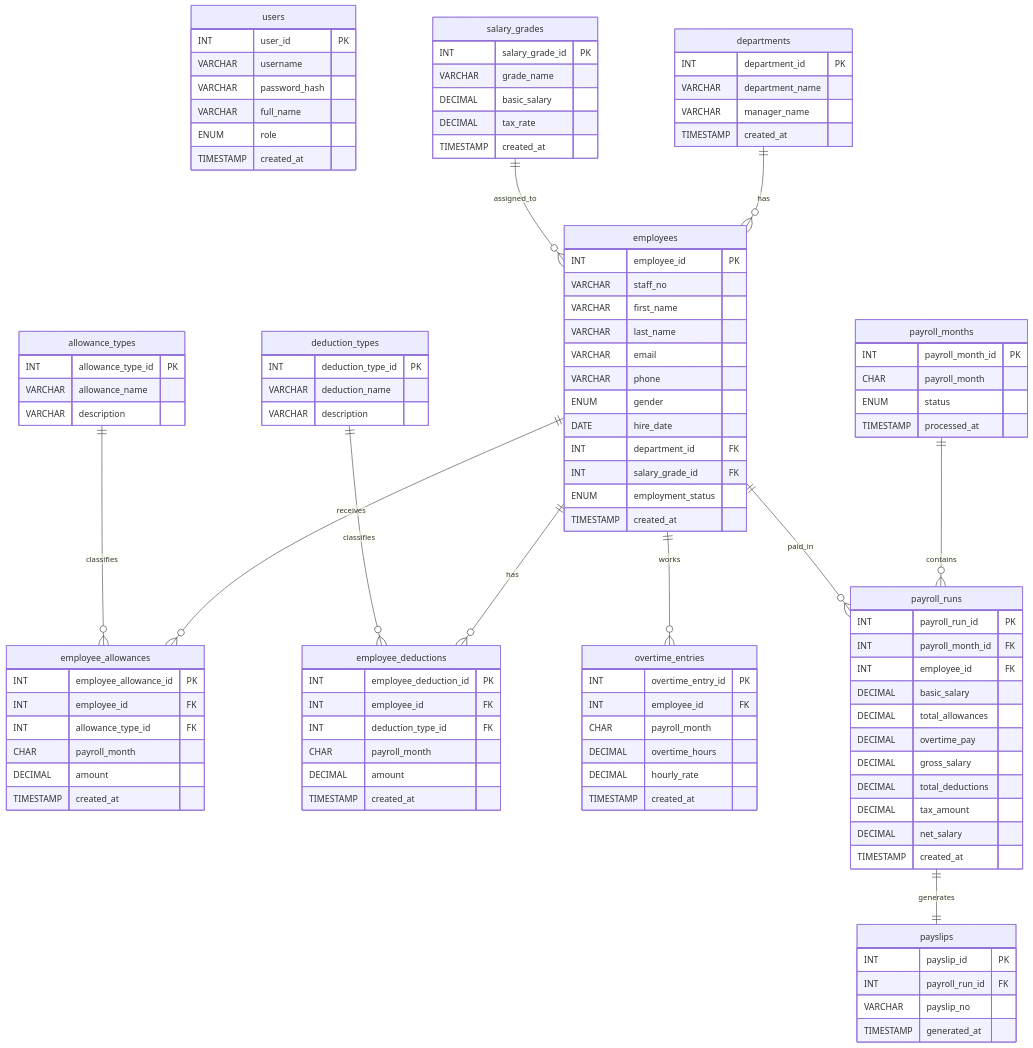
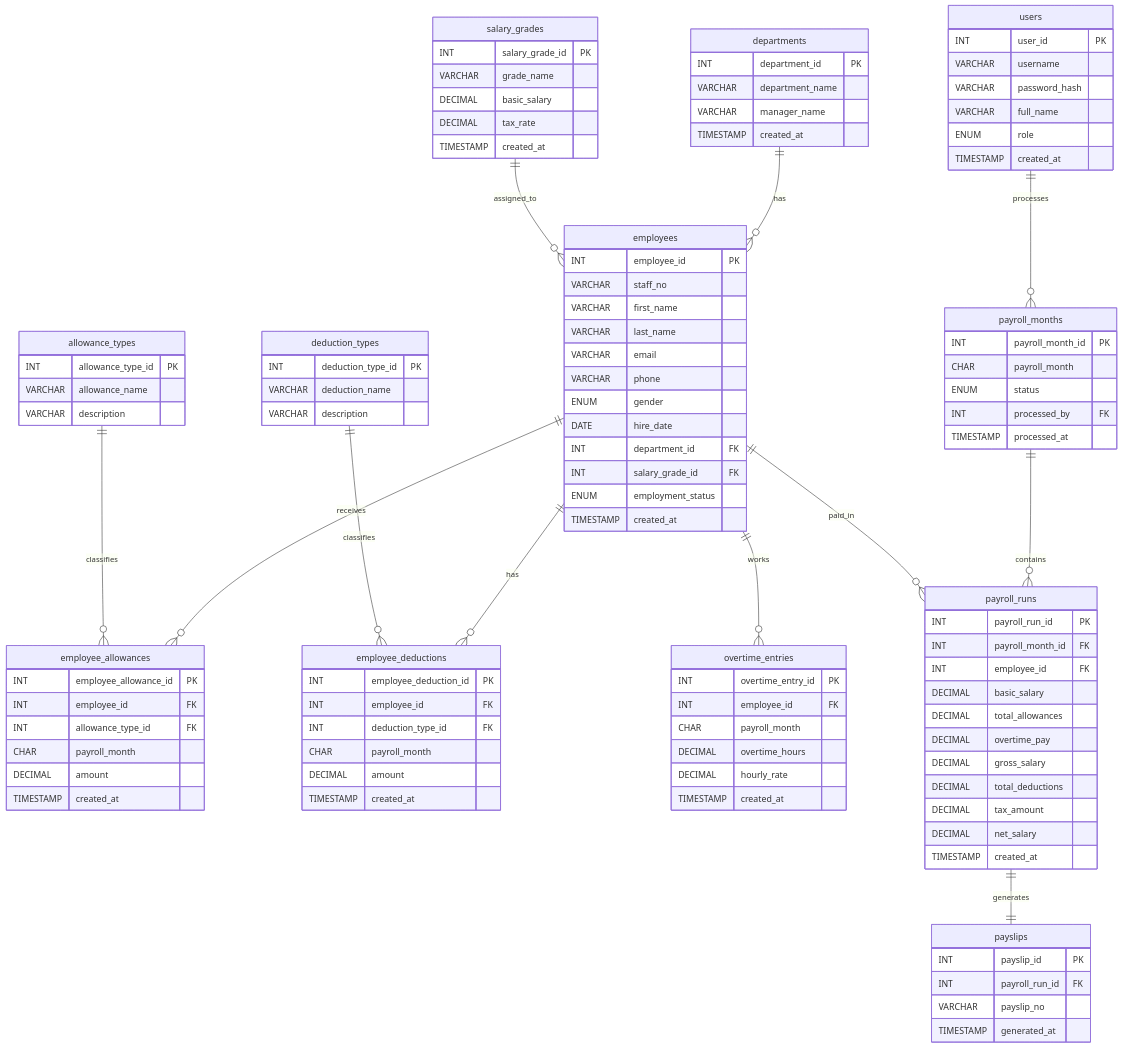
Before and after one commit to XAM-MIE/payroll-management-system: the diagram in database/ERD.md, drawn with Mermaid. The commit also changed other lines of this file and 4 other files, not shown here.

Commit message:
Link users to payroll months

```diff
--- a/database/ERD.md
+++ b/database/ERD.md
@@ -86,6 +86,7 @@
         INT payroll_month_id PK
         CHAR payroll_month
         ENUM status
+        INT processed_by FK
         TIMESTAMP processed_at
     }
 
@@ -110,6 +111,7 @@
         TIMESTAMP generated_at
     }
 
+    users ||--o{ payroll_months : processes
     departments ||--o{ employees : has
     salary_grades ||--o{ employees : assigned_to
     employees ||--o{ employee_allowances : receives
```
